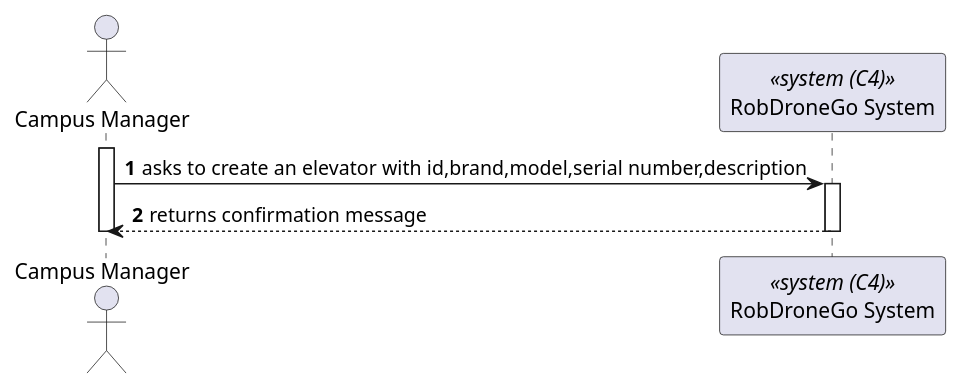
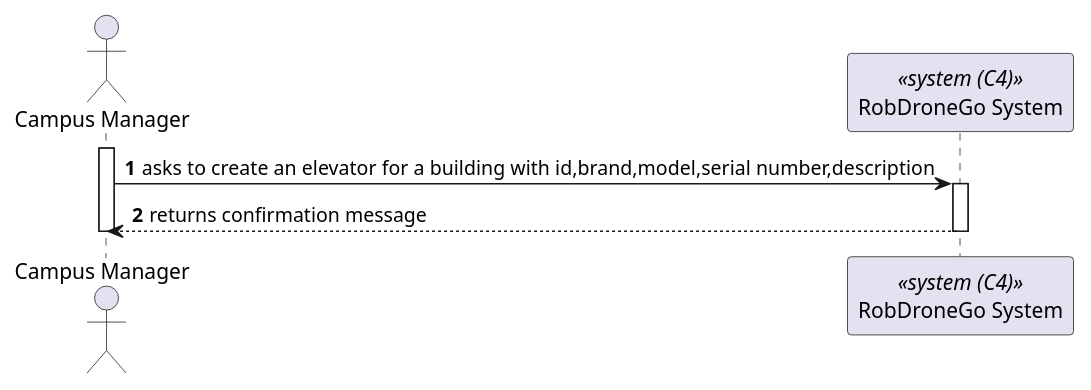
One commit to miseEnPlace-dev/lapr5 changed the diagram in _wiki/sprint-a/us13-270/views/level-1/process-view.puml. Above: the diagram before and after it, drawn with PlantUML. The commit also changed 13 other files, not shown here.

```diff
--- a/_wiki/sprint-a/us13-270/views/level-1/process-view.puml
+++ b/_wiki/sprint-a/us13-270/views/level-1/process-view.puml
@@ -1,16 +1,16 @@
 @startuml process-view
 autonumber
 
 actor CM as "Campus Manager"
 participant SYS as "RobDroneGo System" <<system (C4)>>
 
 activate CM
 
-CM -> SYS : asks to create an elevator with id,brand,model,serial number,description
+CM -> SYS : asks to create an elevator for a building with id,brand,model,serial number,description
 activate SYS
 CM <-- SYS : returns confirmation message
 deactivate SYS
 
 deactivate CM
 
 @enduml
```
